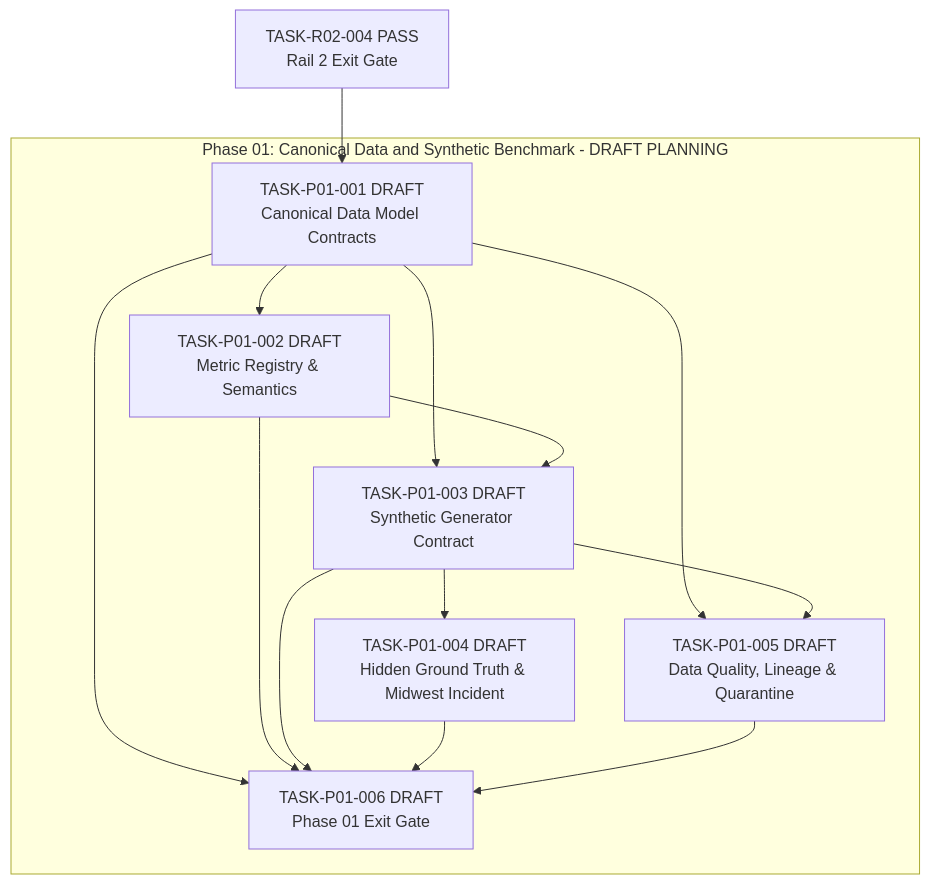
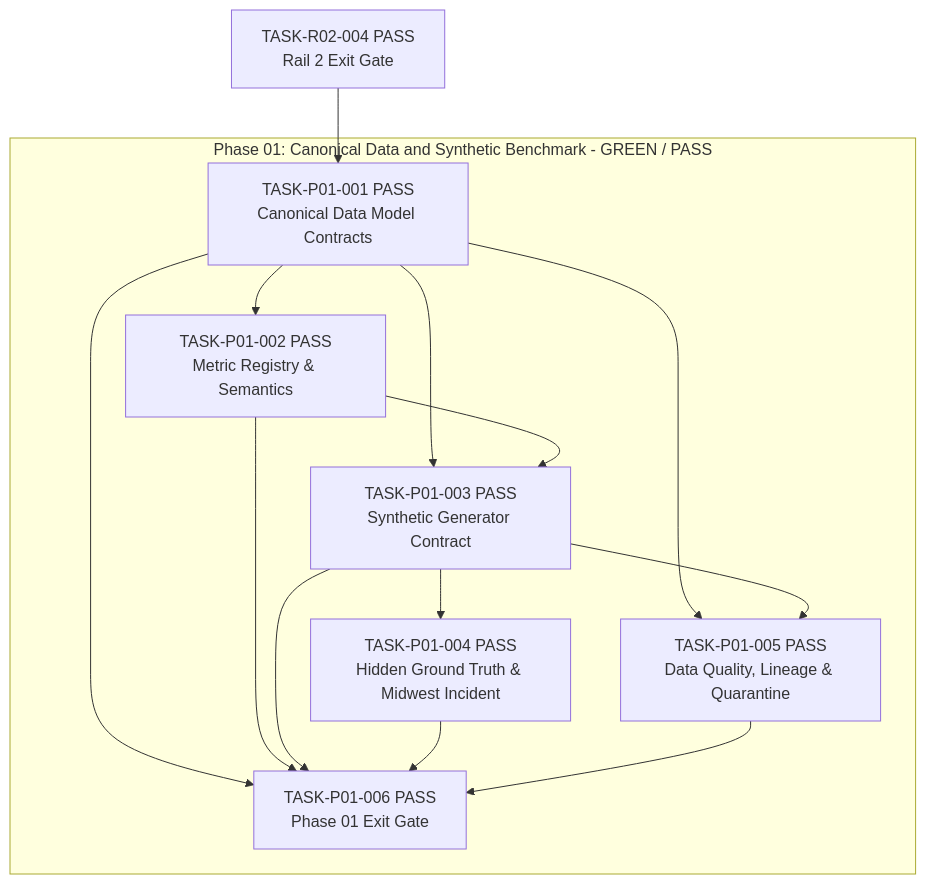
Before and after one commit to DuongVinh2004/RevPilot-AI: the second of 10 diagrams in execution/DEPENDENCY-GRAPH.md, drawn with Mermaid. The commit also changed other lines of this file and 203 other files, not shown here.

````diff
--- a/execution/DEPENDENCY-GRAPH.md
+++ b/execution/DEPENDENCY-GRAPH.md
@@ -42,25 +42,25 @@
 ```mermaid
 flowchart TD
-  subgraph Phase01 [Phase 01: Canonical Data and Synthetic Benchmark - DRAFT PLANNING]
-    P01_01[TASK-P01-001 DRAFT\nCanonical Data Model Contracts]
-    P01_02[TASK-P01-002 DRAFT\nMetric Registry & Semantics]
-    P01_03[TASK-P01-003 DRAFT\nSynthetic Generator Contract]
-    P01_04[TASK-P01-004 DRAFT\nHidden Ground Truth & Midwest Incident]
-    P01_05[TASK-P01-005 DRAFT\nData Quality, Lineage & Quarantine]
-    P01_06[TASK-P01-006 DRAFT\nPhase 01 Exit Gate]
+  subgraph Phase01 [Phase 01: Canonical Data and Synthetic Benchmark - GREEN / PASS]
+    P01_01[TASK-P01-001 PASS\nCanonical Data Model Contracts]
+    P01_02[TASK-P01-002 PASS\nMetric Registry & Semantics]
+    P01_03[TASK-P01-003 PASS\nSynthetic Generator Contract]
+    P01_04[TASK-P01-004 PASS\nHidden Ground Truth & Midwest Incident]
+    P01_05[TASK-P01-005 PASS\nData Quality, Lineage & Quarantine]
+    P01_06[TASK-P01-006 PASS\nPhase 01 Exit Gate]
 
     P01_01 --> P01_02
     P01_01 --> P01_03
     P01_02 --> P01_03
     P01_03 --> P01_04
     P01_01 --> P01_05
     P01_03 --> P01_05
     P01_01 --> P01_06
     P01_02 --> P01_06
     P01_03 --> P01_06
     P01_04 --> P01_06
     P01_05 --> P01_06
   end
 
   R02_04[TASK-R02-004 PASS\nRail 2 Exit Gate] --> P01_01
 ```
````
